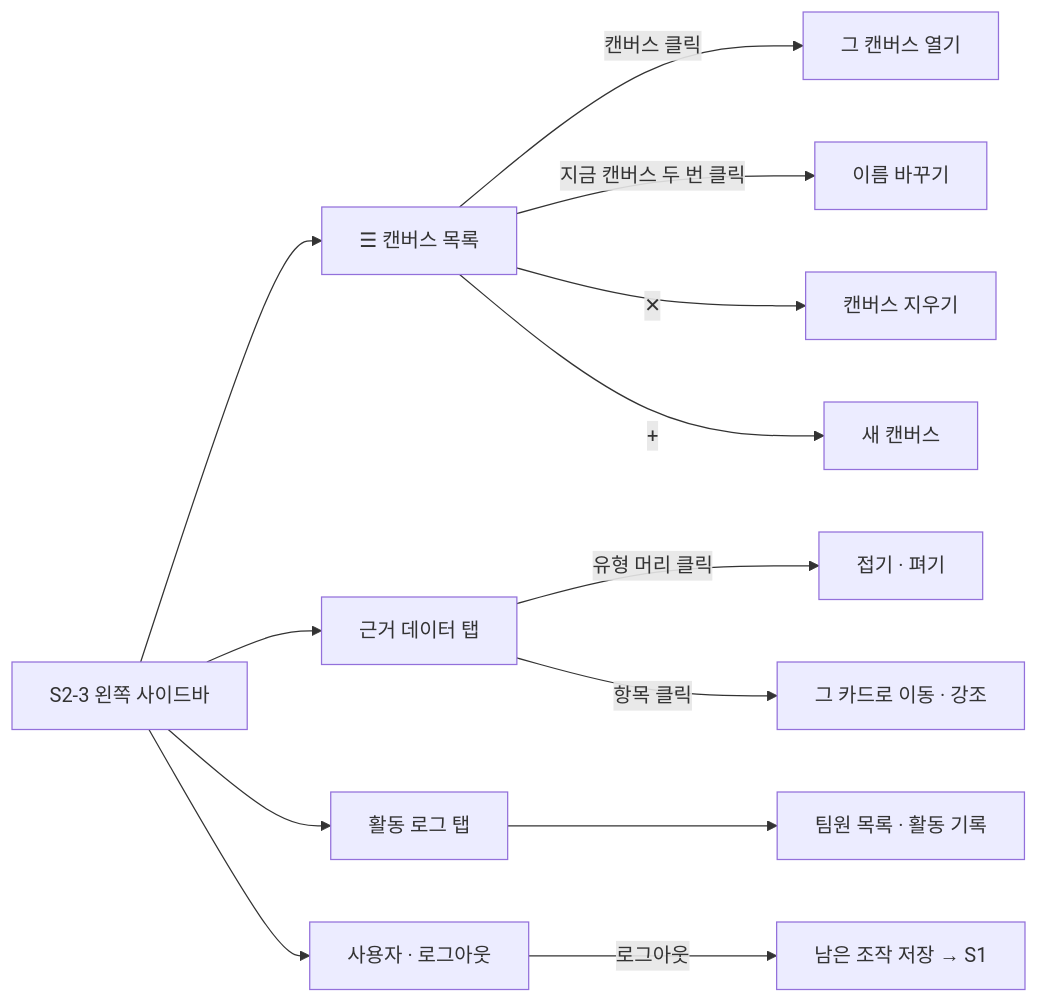
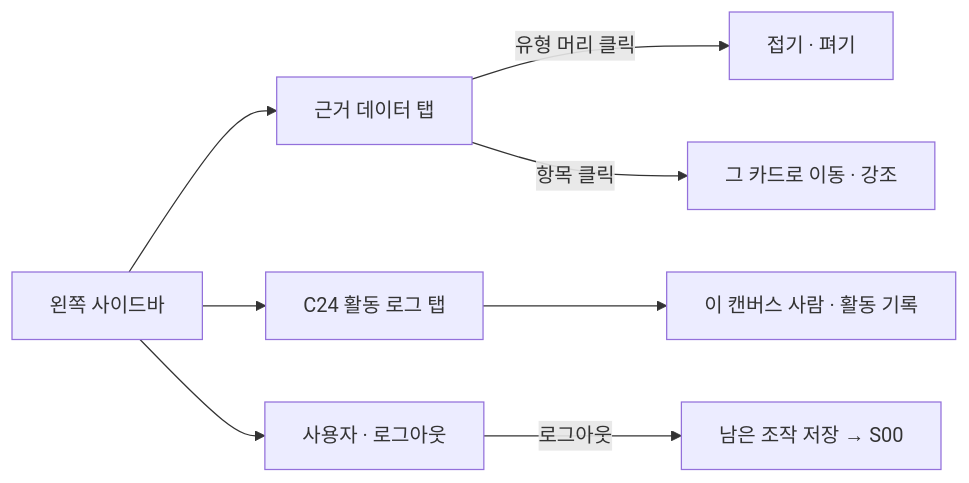
Before and after one commit to vamos-team/telescope: the sixth of 12 diagrams in docs/frontend/ia.md, drawn with Mermaid. The commit also changed other lines of this file and 13 other files, not shown here.

````diff
--- a/docs/frontend/ia.md
+++ b/docs/frontend/ia.md
@@ -130,15 +224,10 @@
 ```mermaid
 flowchart LR
-  LP["S2-3 왼쪽 사이드바"] --> P["☰ 캔버스 목록"]
-  LP --> E["근거 데이터 탭"]
-  LP --> G["활동 로그 탭"]
+  LP["왼쪽 사이드바"] --> E["근거 데이터 탭"]
+  LP --> G["C24 활동 로그 탭"]
   LP --> U["사용자 · 로그아웃"]
-  P -->|캔버스 클릭| P1["그 캔버스 열기"]
-  P -->|지금 캔버스 두 번 클릭| P2["이름 바꾸기"]
-  P -->|"✕"| P3["캔버스 지우기"]
-  P -->|"+"| P4["새 캔버스"]
   E -->|유형 머리 클릭| E1["접기 · 펴기"]
   E -->|항목 클릭| E2["그 카드로 이동 · 강조"]
-  G --> G1["팀원 목록 · 활동 기록"]
-  U -->|로그아웃| U1["남은 조작 저장 → S1"]
+  G --> G1["이 캔버스 사람 · 활동 기록"]
+  U -->|로그아웃| U1["남은 조작 저장 → S00"]
 ```
````
